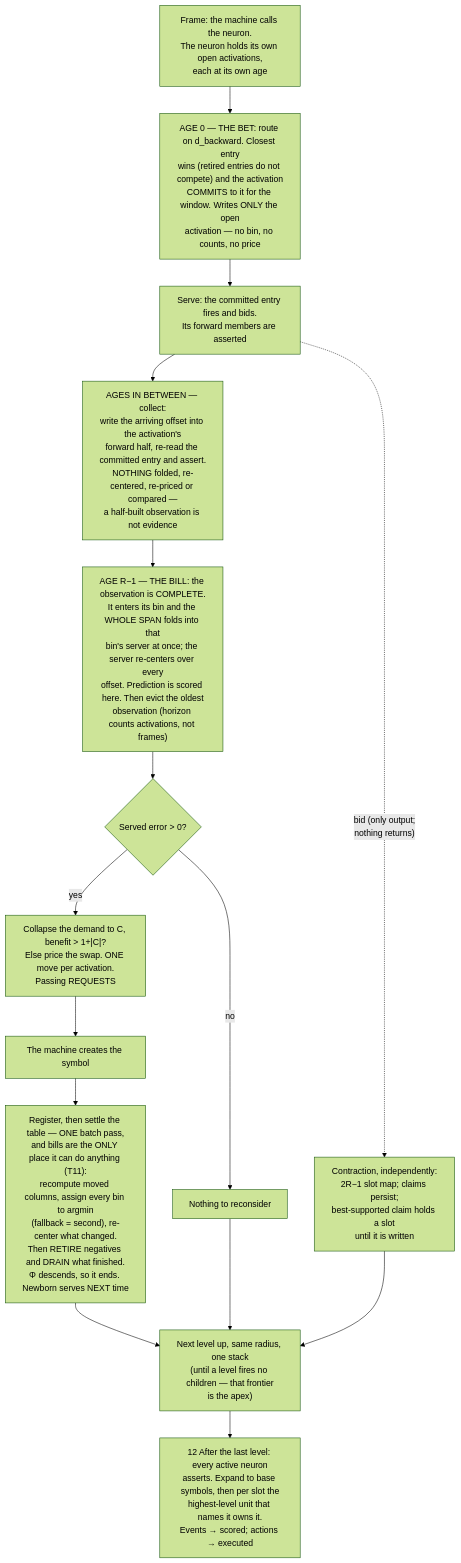
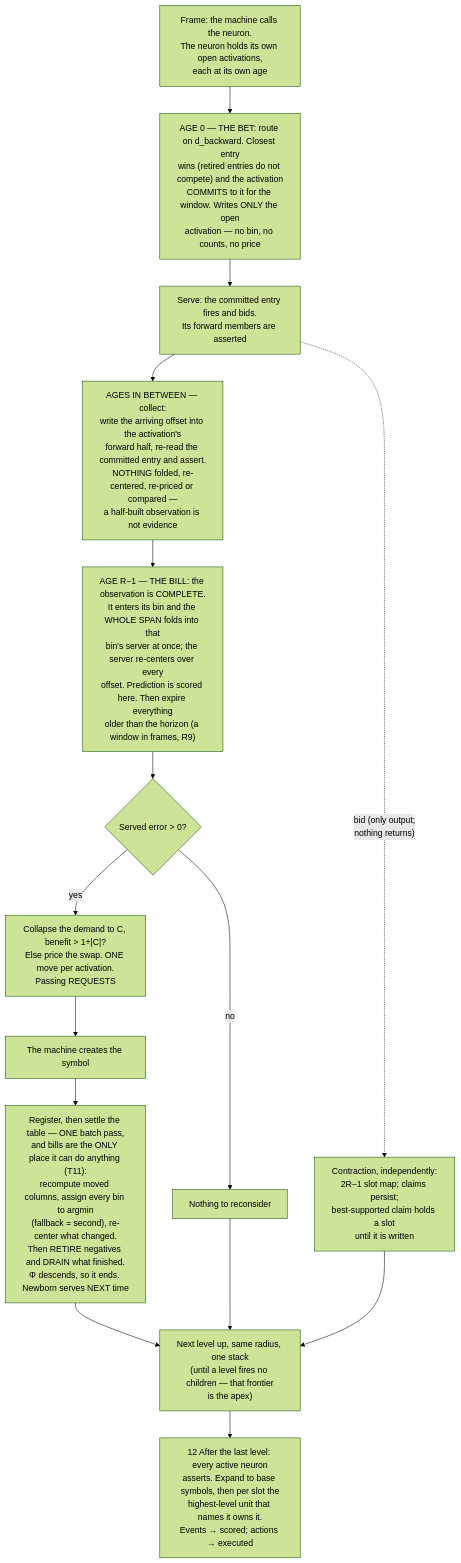
The diagram in docs/algorithm.md (cucar/robot_brain), drawn with Mermaid (forest theme) before and after one commit. The commit also changed other lines of this file, not shown here.

````diff
--- a/docs/algorithm.md
+++ b/docs/algorithm.md
@@ -1218,17 +1250,17 @@
 ```mermaid
 flowchart TD
     A["Frame: the machine calls the neuron.<br/>The neuron holds its own open activations,<br/>each at its own age"] --> D["AGE 0 — THE BET: route on d_backward. Closest entry<br/>wins (retired entries do not compete) and the activation<br/>COMMITS to it for the window. Writes ONLY the open<br/>activation — no bin, no counts, no price"]
     D --> E["Serve: the committed entry fires and bids.<br/>Its forward members are asserted"]
     E -.->|"bid (only output;<br/>nothing returns)"| X["Contraction, independently:<br/>2R−1 slot map; claims persist;<br/>best-supported claim holds a slot<br/>until it is written"]
     E --> C["AGES IN BETWEEN — collect:<br/>write the arriving offset into the activation's<br/>forward half, re-read the committed entry and assert.<br/>NOTHING folded, re-centered, re-priced or compared —<br/>a half-built observation is not evidence"]
-    C --> B["AGE R−1 — THE BILL: the observation is COMPLETE.<br/>It enters its bin and the WHOLE SPAN folds into that<br/>bin's server at once; the server re-centers over every<br/>offset. Prediction is scored here. Then evict the oldest<br/>observation (horizon counts activations, not frames)"]
+    C --> B["AGE R−1 — THE BILL: the observation is COMPLETE.<br/>It enters its bin and the WHOLE SPAN folds into that<br/>bin's server at once; the server re-centers over every<br/>offset. Prediction is scored here. Then expire everything<br/>older than the horizon (a window in frames, R9)"]
     B --> L{"Served error > 0?"}
     L -->|yes| M["Collapse the demand to C, benefit > 1+|C|?<br/>Else price the swap. ONE move per activation.<br/>Passing REQUESTS"]
     M --> P["The machine creates the symbol"]
     P --> Q["Register, then settle the table — ONE batch pass,<br/>and bills are the ONLY place it can do anything (T11):<br/>recompute moved columns, assign every bin to argmin<br/>(fallback = second), re-center what changed.<br/>Then RETIRE negatives and DRAIN what finished.<br/>Φ descends, so it ends. Newborn serves NEXT time"]
     L -->|no| N["Nothing to reconsider"]
     Q --> O["Next level up, same radius, one stack<br/>(until a level fires no children — that frontier<br/>is the apex)"]
     N --> O
     X --> O
     O --> Y["12 After the last level: every active neuron<br/>asserts. Expand to base symbols, then per slot the<br/>highest-level unit that names it owns it.<br/>Events → scored; actions → executed"]
 ```
````
